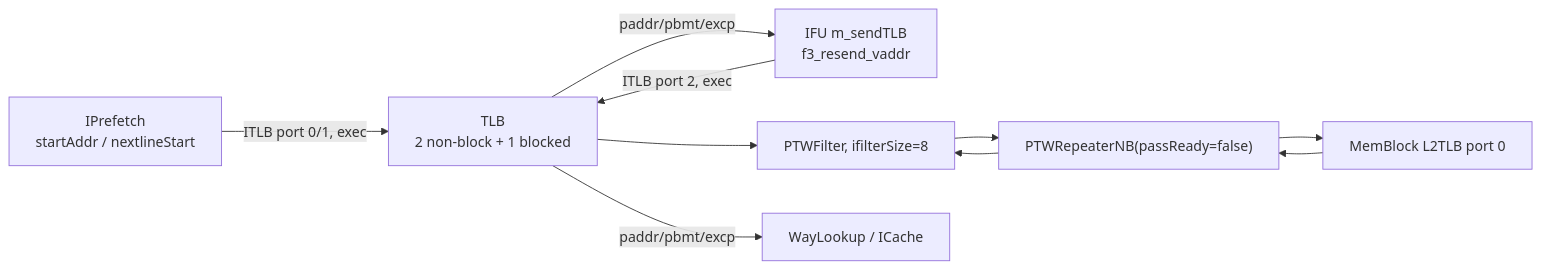
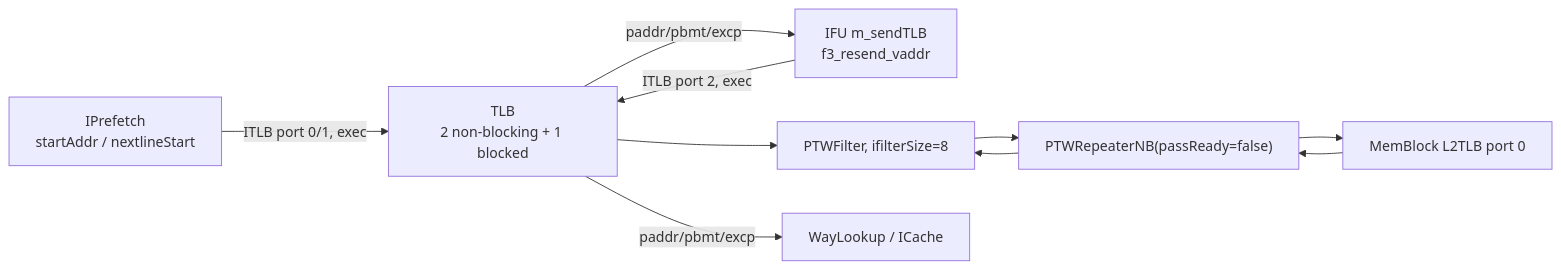
Before and after one commit to OpenXiangShan/XiangShanLab: the second of 5 diagrams in xiangshan-course/docs-en/4-xiangshan-microarchitecture-analysis/3-xiangshan-source-code-analysis/memory/LoadStore-TLB.md, drawn with Mermaid. The commit also changed other lines of this file and 176 other files, not shown here.

```diff
--- a/xiangshan-course/docs-en/4-xiangshan-microarchitecture-analysis/3-xiangshan-source-code-analysis/memory/LoadStore-TLB.md
+++ b/xiangshan-course/docs-en/4-xiangshan-microarchitecture-analysis/3-xiangshan-source-code-analysis/memory/LoadStore-TLB.md
@@ -115,12 +733,12 @@
 ~~~mermaid
 flowchart LR
-  IPF["IPrefetch<br/>startAddr / nextlineStart"] -->|"ITLB port 0/1, exec"| ITLB["TLB<br/>2 non-block + 1 blocked"]
+  IPF["IPrefetch<br/>startAddr / nextlineStart"] -->|"ITLB port 0/1, exec"| ITLB["TLB<br/>2 non-blocking + 1 blocked"]
   IFU["IFU m_sendTLB<br/>f3_resend_vaddr"] -->|"ITLB port 2, exec"| ITLB
   ITLB --> F["PTWFilter, ifilterSize=8"]
   F --> R["PTWRepeaterNB(passReady=false)"]
   R --> P0["MemBlock L2TLB port 0"]
   P0 --> R
   R --> F
   ITLB -->|"paddr/pbmt/excp"| IC["WayLookup / ICache"]
   ITLB -->|"paddr/pbmt/excp"| IFU
 ~~~
```
